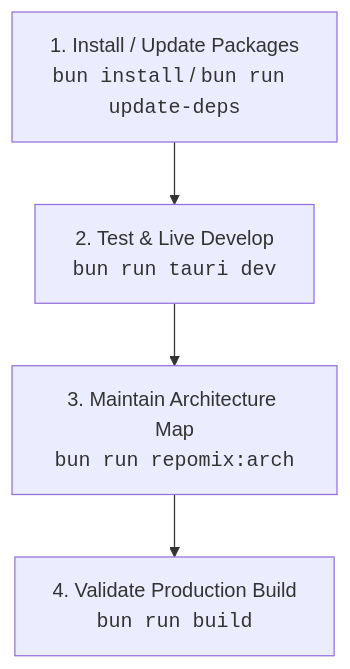
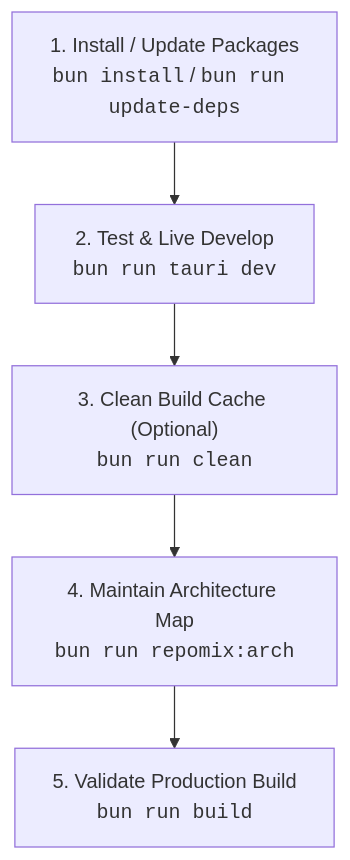
The diagram in README.md (NairoDorian/Minimalistic_App), drawn with Mermaid before and after one commit. The commit also changed other lines of this file and 2 other files, not shown here.

Commit message:
docs: update README, CHANGELOG, AGENTS, and ARCHITECTURE to reflect latest v0.3.0 features

````diff
--- a/README.md
+++ b/README.md
@@ -25,6 +25,7 @@
 ```mermaid
 graph TD
     A["1. Install / Update Packages<br><code>bun install</code> / <code>bun run update-deps</code>"] --> B["2. Test & Live Develop<br><code>bun run tauri dev</code>"]
-    B --> C["3. Maintain Architecture Map<br><code>bun run repomix:arch</code>"]
-    C --> D["4. Validate Production Build<br><code>bun run build</code>"]
+    B --> C["3. Clean Build Cache (Optional)<br><code>bun run clean</code>"]
+    C --> D["4. Maintain Architecture Map<br><code>bun run repomix:arch</code>"]
+    D --> E["5. Validate Production Build<br><code>bun run build</code>"]
 ```
````
